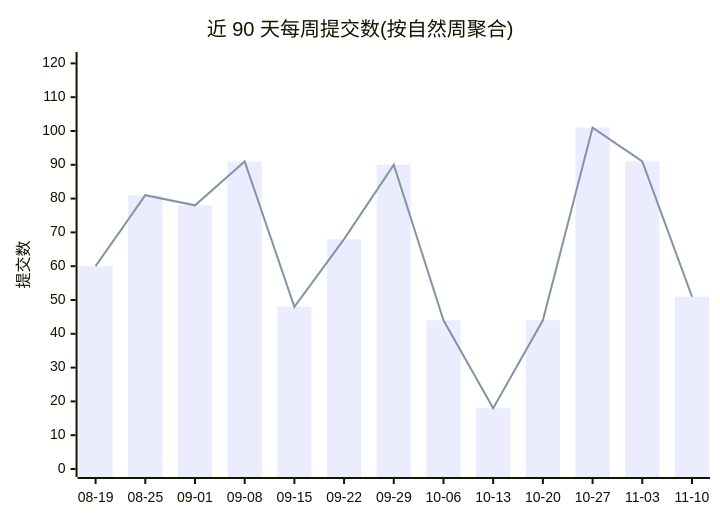
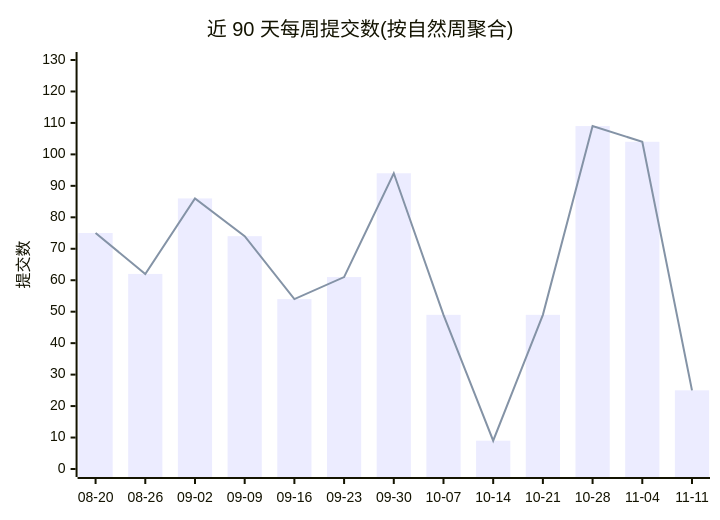
The first of 2 diagrams in profile/README.md (Conflux-Union/.github), drawn with Mermaid before and after one commit. The commit also changed other lines of this file and 1 other file, not shown here.

````diff
--- a/profile/README.md
+++ b/profile/README.md
@@ -47,8 +47,8 @@
 ```mermaid
 xychart-beta
     title "近 90 天每周提交数(按自然周聚合)"
-    x-axis ["08-19", "08-25", "09-01", "09-08", "09-15", "09-22", "09-29", "10-06", "10-13", "10-20", "10-27", "11-03", "11-10"]
-    y-axis "提交数" 0 --> 121
-    bar [60, 81, 78, 91, 48, 68, 90, 44, 18, 44, 101, 91, 51]
-    line [60, 81, 78, 91, 48, 68, 90, 44, 18, 44, 101, 91, 51]
+    x-axis ["08-20", "08-26", "09-02", "09-09", "09-16", "09-23", "09-30", "10-07", "10-14", "10-21", "10-28", "11-04", "11-11"]
+    y-axis "提交数" 0 --> 130
+    bar [75, 62, 86, 74, 54, 61, 94, 49, 9, 49, 109, 104, 25]
+    line [75, 62, 86, 74, 54, 61, 94, 49, 9, 49, 109, 104, 25]
 ```
````
